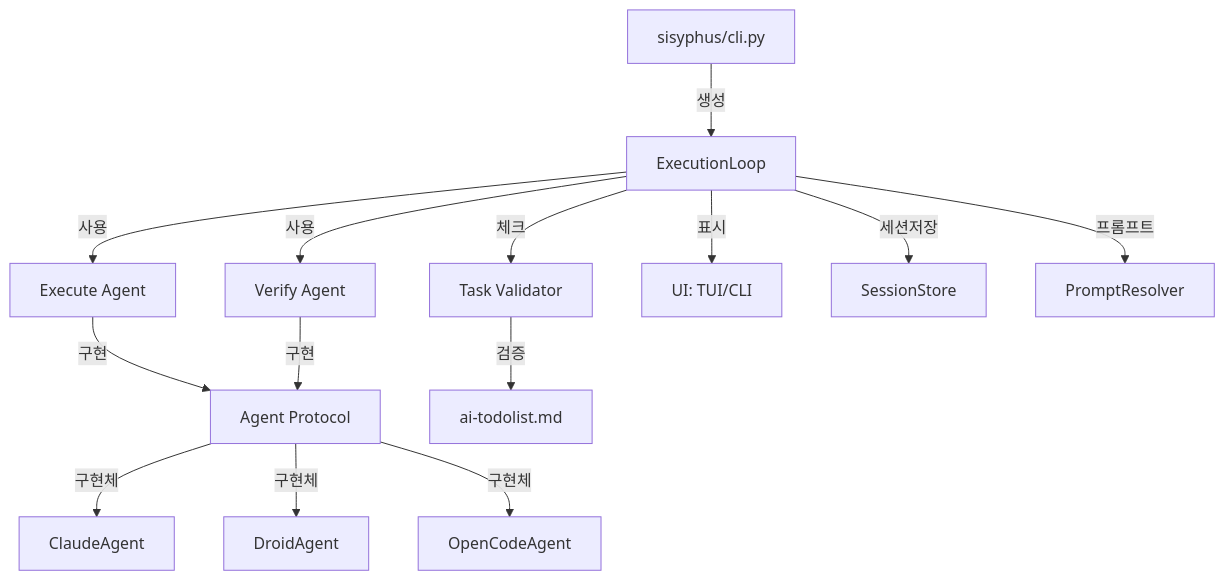
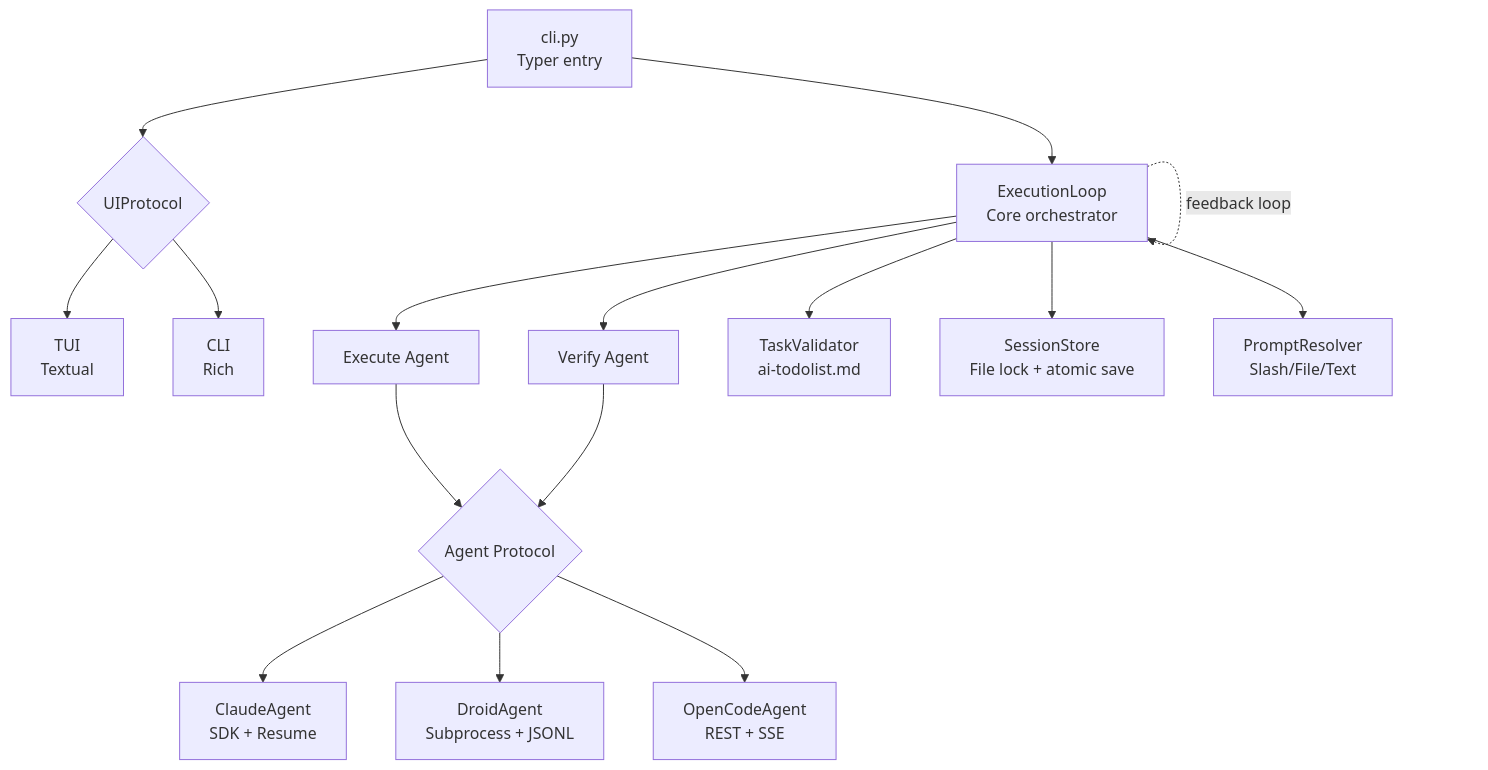
One commit to code-yeongyu/sisyphus-private changed the first of 2 diagrams in AGENTS.md. Above: the diagram before and after it, drawn with Mermaid. The commit also changed other lines of this file, not shown here.

Commit message:
rewrite knowledge (thanks to claude)

````diff
--- a/AGENTS.md
+++ b/AGENTS.md
@@ -18,21 +28,23 @@
 ```mermaid
-graph TD
-    CLI[sisyphus/cli.py] -->|생성| EL[ExecutionLoop]
+graph TB
+    CLI[cli.py<br/>Typer entry] --> UI{UIProtocol}
+    CLI --> EL[ExecutionLoop<br/>Core orchestrator]
 
-    EL -->|사용| EA[Execute Agent]
-    EL -->|사용| VA[Verify Agent]
-    EL -->|체크| TV[Task Validator]
-    EL -->|표시| UI[UI: TUI/CLI]
+    UI --> TUI[TUI<br/>Textual]
+    UI --> CLIU[CLI<br/>Rich]
 
-    EA -->|구현| AP[Agent Protocol]
-    VA -->|구현| AP
+    EL --> EA[Execute Agent]
+    EL --> VA[Verify Agent]
+    EL --> TV[TaskValidator<br/>ai-todolist.md]
+    EL --> SS[SessionStore<br/>File lock + atomic save]
+    EL --> PR[PromptResolver<br/>Slash/File/Text]
 
-    AP -->|구현체| CA[ClaudeAgent]
-    AP -->|구현체| DA[DroidAgent]
-    AP -->|구현체| OA[OpenCodeAgent]
+    EA --> AP{Agent Protocol}
+    VA --> AP
 
-    EL -->|세션저장| SS[SessionStore]
-    EL -->|프롬프트| PM[PromptResolver]
+    AP --> CA[ClaudeAgent<br/>SDK + Resume]
+    AP --> DA[DroidAgent<br/>Subprocess + JSONL]
+    AP --> OA[OpenCodeAgent<br/>REST + SSE]
 
-    TV -->|검증| AL[ai-todolist.md]
+    EL -.->|feedback loop| EL
 ```
````
